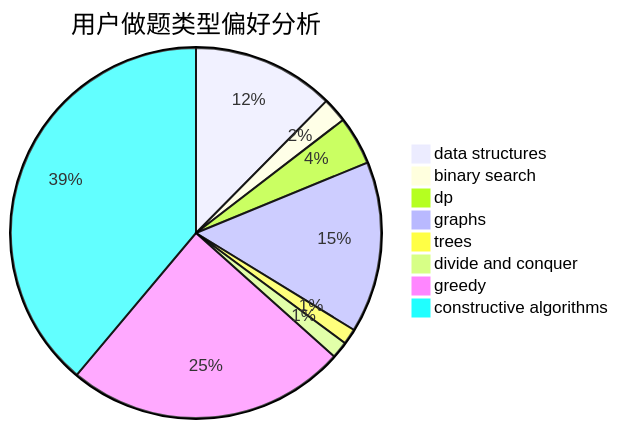
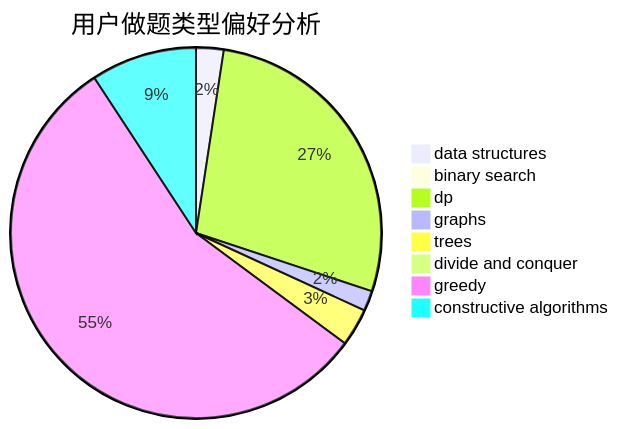
The second of 3 diagrams in docs/user/u2266.md (sherpahu/cfrs.github.io), drawn with Mermaid before and after one commit. The commit also changed other lines of this file and 2770 other files, not shown here.

````diff
--- a/docs/user/u2266.md
+++ b/docs/user/u2266.md
@@ -23,11 +23,11 @@
 ```mermaid
 pie title 用户做题类型偏好分析
-    "data structures" :  126
-    "binary search" :  22
-    "dp" :  43
-    "graphs" :  152
-    "trees" :  14
-    "divide and conquer" :  15
-    "greedy" :  249
-    "constructive algorithms" :  395
+    "data structures" :  19
+    "binary search" :  6
+    "dp" :  219
+    "graphs" :  14
+    "trees" :  26
+    "divide and conquer" :  1
+    "greedy" :  440
+    "constructive algorithms" :  73
 ```
````
